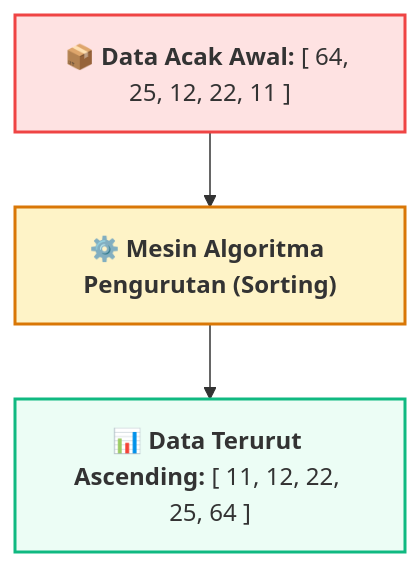
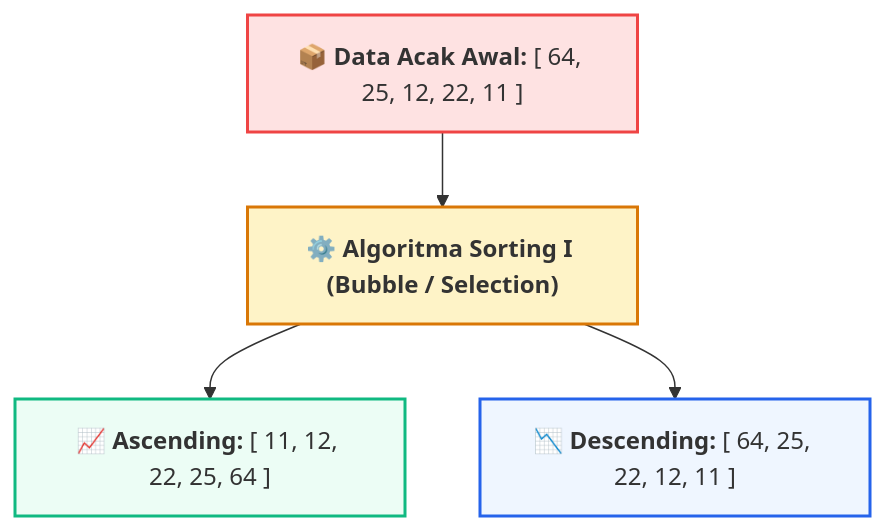
One commit to mahendaruui/Perkuliahan changed the first of 2 diagrams in docs/algoritma-pemrograman/algoritma-pengurutan.md. Above: the diagram before and after it, drawn with Mermaid. The commit also changed other lines of this file and 39 other files, not shown here.

````diff
--- a/docs/algoritma-pemrograman/algoritma-pengurutan.md
+++ b/docs/algoritma-pemrograman/algoritma-pengurutan.md
@@ -18,10 +17,12 @@
 ```mermaid
 flowchart TD
     Acak["📦 <b>Data Acak Awal:</b> [ 64, 25, 12, 22, 11 ]"]
-    --> SortEngine["⚙️ <b>Mesin Algoritma Pengurutan (Sorting)</b>"]
-    --> Urut["📊 <b>Data Terurut Ascending:</b> [ 11, 12, 22, 25, 64 ]"]
+    --> SortEngine["⚙️ <b>Algoritma Sorting I (Bubble / Selection)</b>"]
+    --> UrutAsc["📈 <b>Ascending:</b> [ 11, 12, 22, 25, 64 ]"]
+    SortEngine --> UrutDesc["📉 <b>Descending:</b> [ 64, 25, 22, 12, 11 ]"]
 
     style Acak fill:#fee2e2,stroke:#ef4444,stroke-width:2px
     style SortEngine fill:#fef3c7,stroke:#d97706,stroke-width:2px
-    style Urut fill:#ecfdf5,stroke:#10b981,stroke-width:2px
+    style UrutAsc fill:#ecfdf5,stroke:#10b981,stroke-width:2px
+    style UrutDesc fill:#eff6ff,stroke:#2563eb,stroke-width:2px
 ```
````
